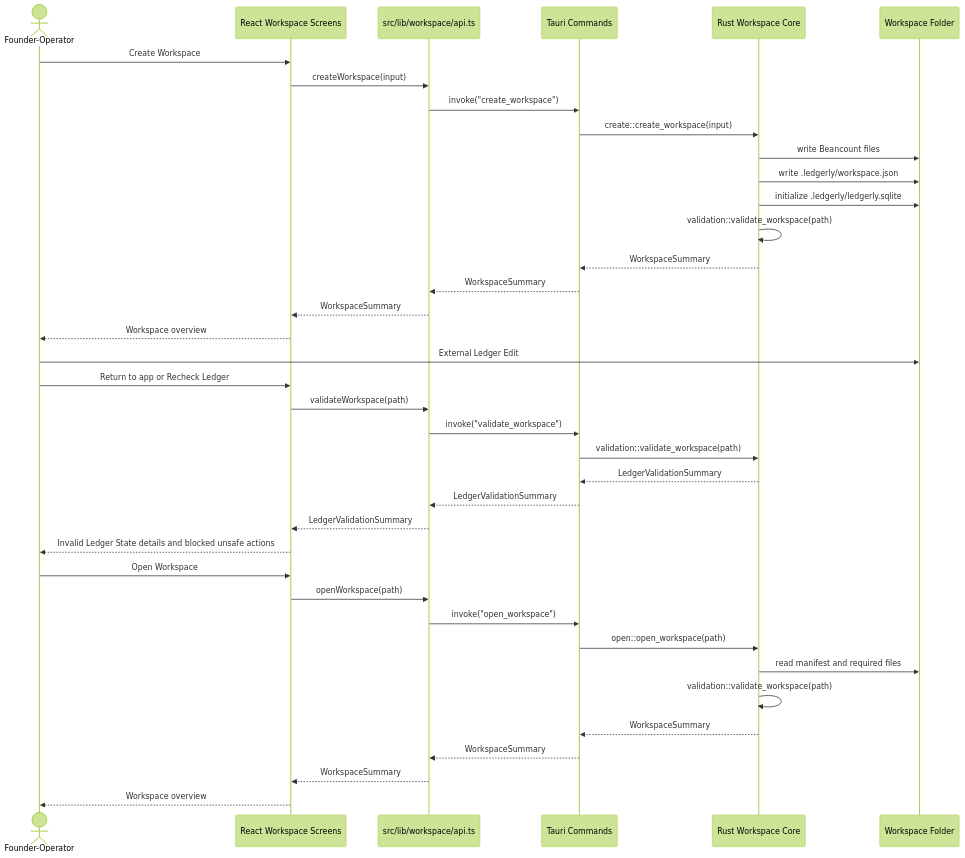
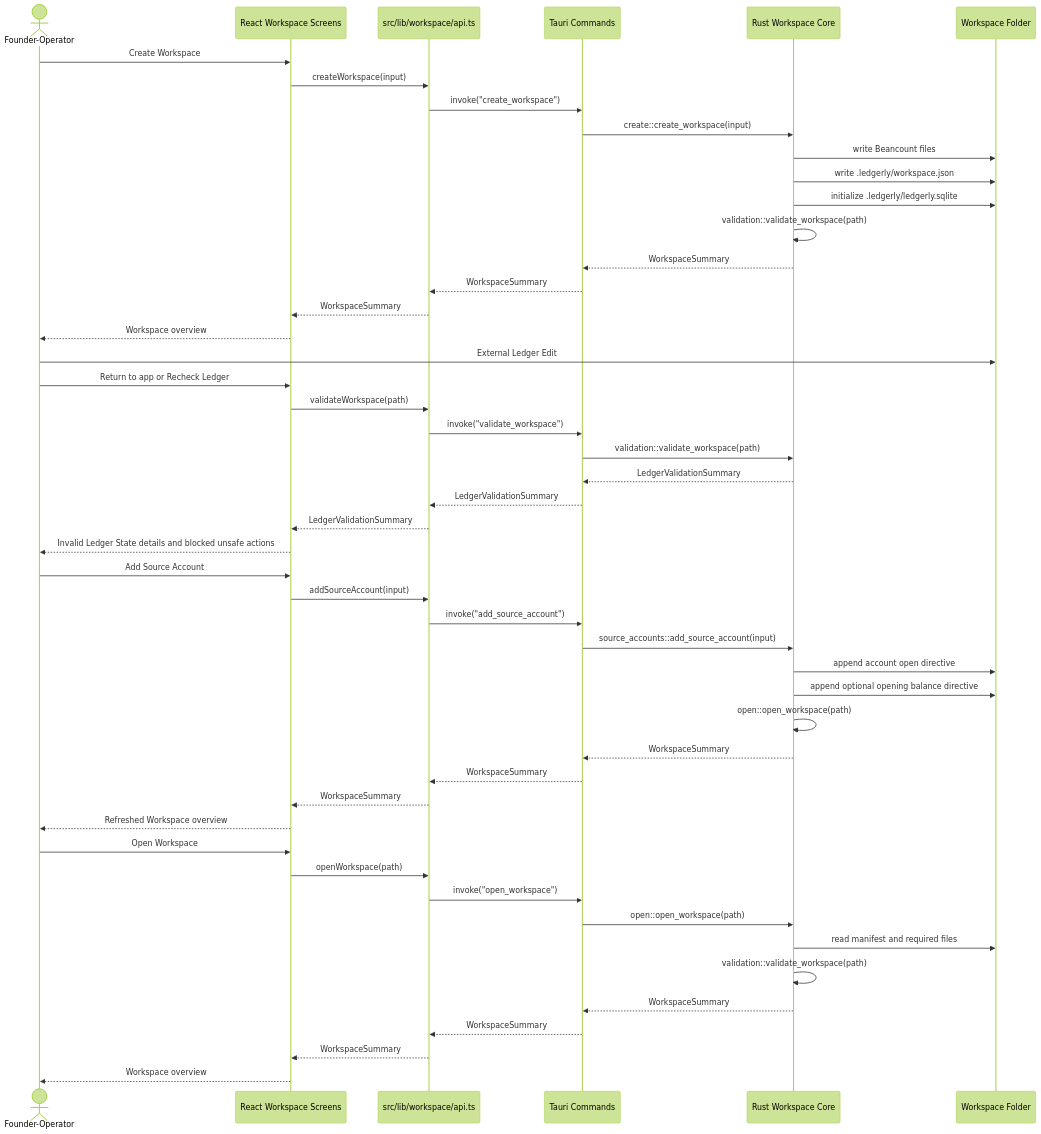
The second of 4 diagrams in docs/architecture.md (ryenski/Ledgerly-MVP), drawn with Mermaid (forest theme) before and after one commit. The commit also changed other lines of this file and 13 other files, not shown here.

First line of the commit message:
Add Source Account setup (#19)

````diff
--- a/docs/architecture.md
+++ b/docs/architecture.md
@@ -84,43 +93,55 @@
 ```mermaid
 sequenceDiagram
   actor User as Founder-Operator
   participant UI as React Workspace Screens
   participant API as src/lib/workspace/api.ts
   participant Cmd as Tauri Commands
   participant Core as Rust Workspace Core
   participant Disk as Workspace Folder
 
   User->>UI: Create Workspace
   UI->>API: createWorkspace(input)
   API->>Cmd: invoke("create_workspace")
   Cmd->>Core: create::create_workspace(input)
   Core->>Disk: write Beancount files
   Core->>Disk: write .ledgerly/workspace.json
   Core->>Disk: initialize .ledgerly/ledgerly.sqlite
   Core->>Core: validation::validate_workspace(path)
   Core-->>Cmd: WorkspaceSummary
   Cmd-->>API: WorkspaceSummary
   API-->>UI: WorkspaceSummary
   UI-->>User: Workspace overview
 
   User->>Disk: External Ledger Edit
   User->>UI: Return to app or Recheck Ledger
   UI->>API: validateWorkspace(path)
   API->>Cmd: invoke("validate_workspace")
   Cmd->>Core: validation::validate_workspace(path)
   Core-->>Cmd: LedgerValidationSummary
   Cmd-->>API: LedgerValidationSummary
   API-->>UI: LedgerValidationSummary
   UI-->>User: Invalid Ledger State details and blocked unsafe actions
 
+  User->>UI: Add Source Account
+  UI->>API: addSourceAccount(input)
+  API->>Cmd: invoke("add_source_account")
+  Cmd->>Core: source_accounts::add_source_account(input)
+  Core->>Disk: append account open directive
+  Core->>Disk: append optional opening balance directive
+  Core->>Core: open::open_workspace(path)
+  Core-->>Cmd: WorkspaceSummary
+  Cmd-->>API: WorkspaceSummary
+  API-->>UI: WorkspaceSummary
+  UI-->>User: Refreshed Workspace overview
+
   User->>UI: Open Workspace
   UI->>API: openWorkspace(path)
   API->>Cmd: invoke("open_workspace")
   Cmd->>Core: open::open_workspace(path)
   Core->>Disk: read manifest and required files
   Core->>Core: validation::validate_workspace(path)
   Core-->>Cmd: WorkspaceSummary
   Cmd-->>API: WorkspaceSummary
   API-->>UI: WorkspaceSummary
   UI-->>User: Workspace overview
 ```
````
